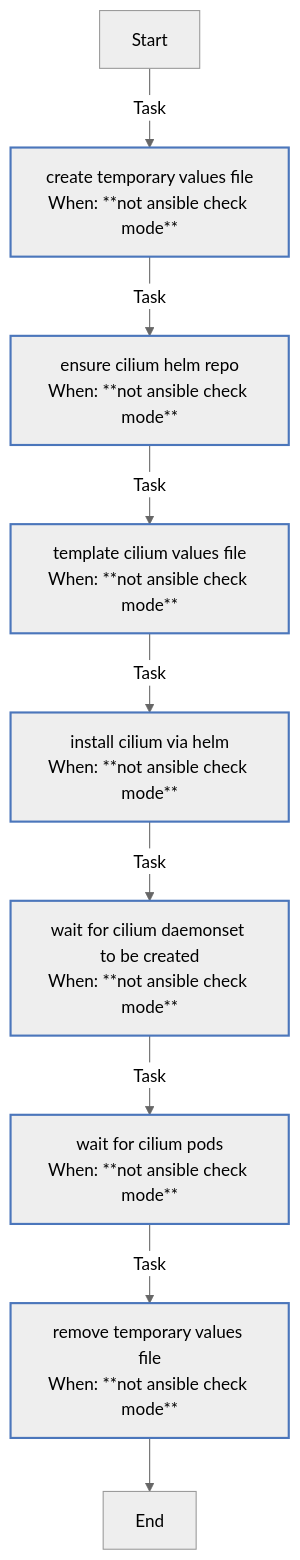
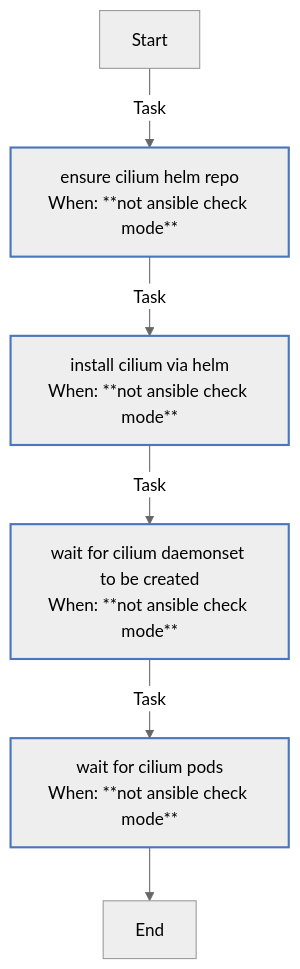
One commit to rou-cru/k3s-homelab changed the diagram in roles/cilium/README.md. Above: the diagram before and after it, drawn with Mermaid (neutral theme). The commit also changed other lines of this file and 15 other files, not shown here.

````diff
--- a/roles/cilium/README.md
+++ b/roles/cilium/README.md
@@ -130,21 +117,18 @@
 ```mermaid
 flowchart TD
 Start
 classDef block stroke:#3498db,stroke-width:2px;
 classDef task stroke:#4b76bb,stroke-width:2px;
 classDef includeTasks stroke:#16a085,stroke-width:2px;
 classDef importTasks stroke:#34495e,stroke-width:2px;
 classDef includeRole stroke:#2980b9,stroke-width:2px;
 classDef importRole stroke:#699ba7,stroke-width:2px;
 classDef includeVars stroke:#8e44ad,stroke-width:2px;
 classDef rescue stroke:#665352,stroke-width:2px;
 
-  Start-->|Task| Create_temporary_values_file0[create temporary values file<br>When: **not ansible check mode**]:::task
-  Create_temporary_values_file0-->|Task| Ensure_Cilium_Helm_repo1[ensure cilium helm repo<br>When: **not ansible check mode**]:::task
-  Ensure_Cilium_Helm_repo1-->|Task| Template_Cilium_values_file2[template cilium values file<br>When: **not ansible check mode**]:::task
-  Template_Cilium_values_file2-->|Task| Install_Cilium_via_Helm3[install cilium via helm<br>When: **not ansible check mode**]:::task
-  Install_Cilium_via_Helm3-->|Task| Wait_for_Cilium_DaemonSet_to_be_created4[wait for cilium daemonset to be created<br>When: **not ansible check mode**]:::task
-  Wait_for_Cilium_DaemonSet_to_be_created4-->|Task| Wait_for_cilium_pods5[wait for cilium pods<br>When: **not ansible check mode**]:::task
-  Wait_for_cilium_pods5-->|Task| Remove_temporary_values_file6[remove temporary values file<br>When: **not ansible check mode**]:::task
-  Remove_temporary_values_file6-->End
+  Start-->|Task| Ensure_Cilium_Helm_repo0[ensure cilium helm repo<br>When: **not ansible check mode**]:::task
+  Ensure_Cilium_Helm_repo0-->|Task| Install_Cilium_via_Helm1[install cilium via helm<br>When: **not ansible check mode**]:::task
+  Install_Cilium_via_Helm1-->|Task| Wait_for_Cilium_DaemonSet_to_be_created2[wait for cilium daemonset to be created<br>When: **not ansible check mode**]:::task
+  Wait_for_Cilium_DaemonSet_to_be_created2-->|Task| Wait_for_cilium_pods3[wait for cilium pods<br>When: **not ansible check mode**]:::task
+  Wait_for_cilium_pods3-->End
 ```
````
